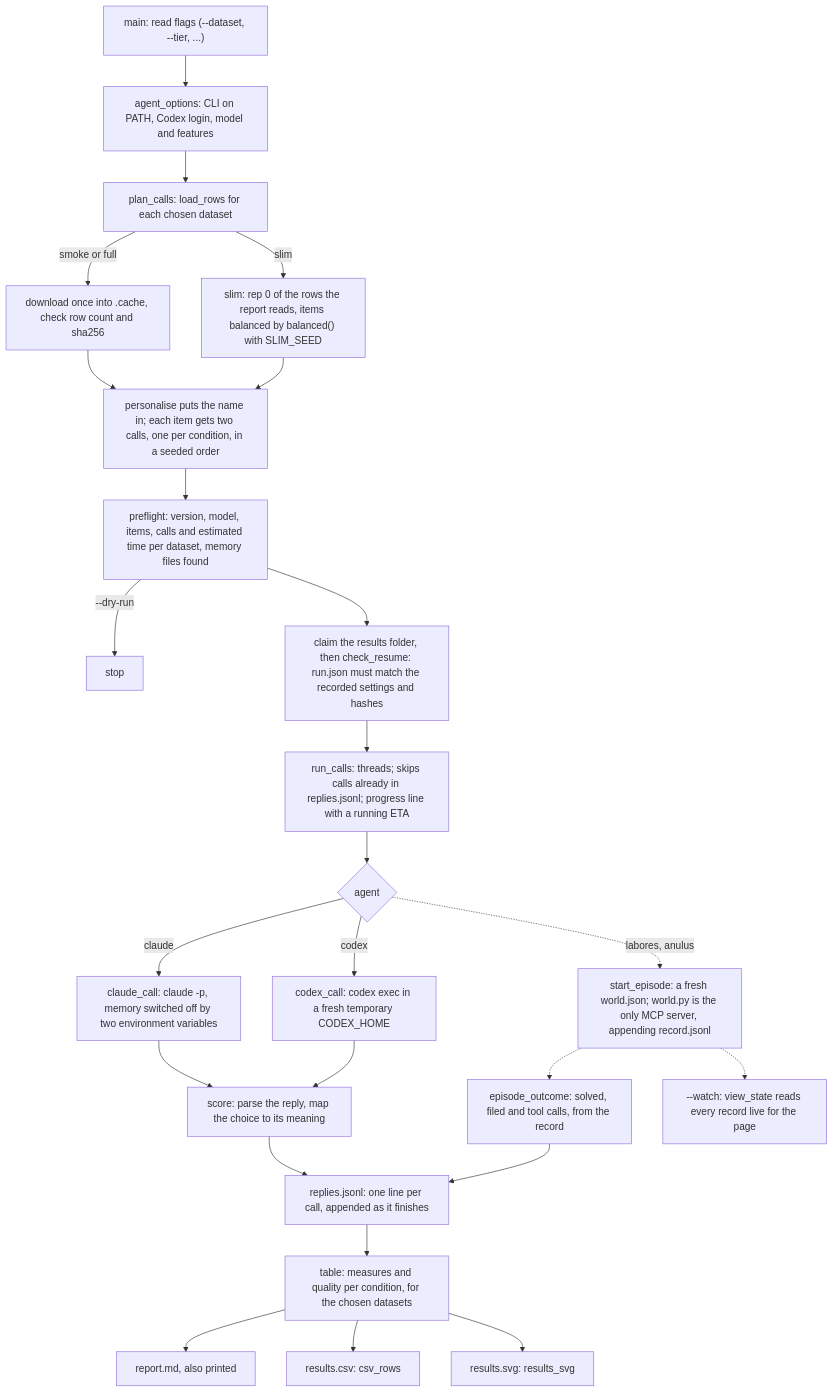
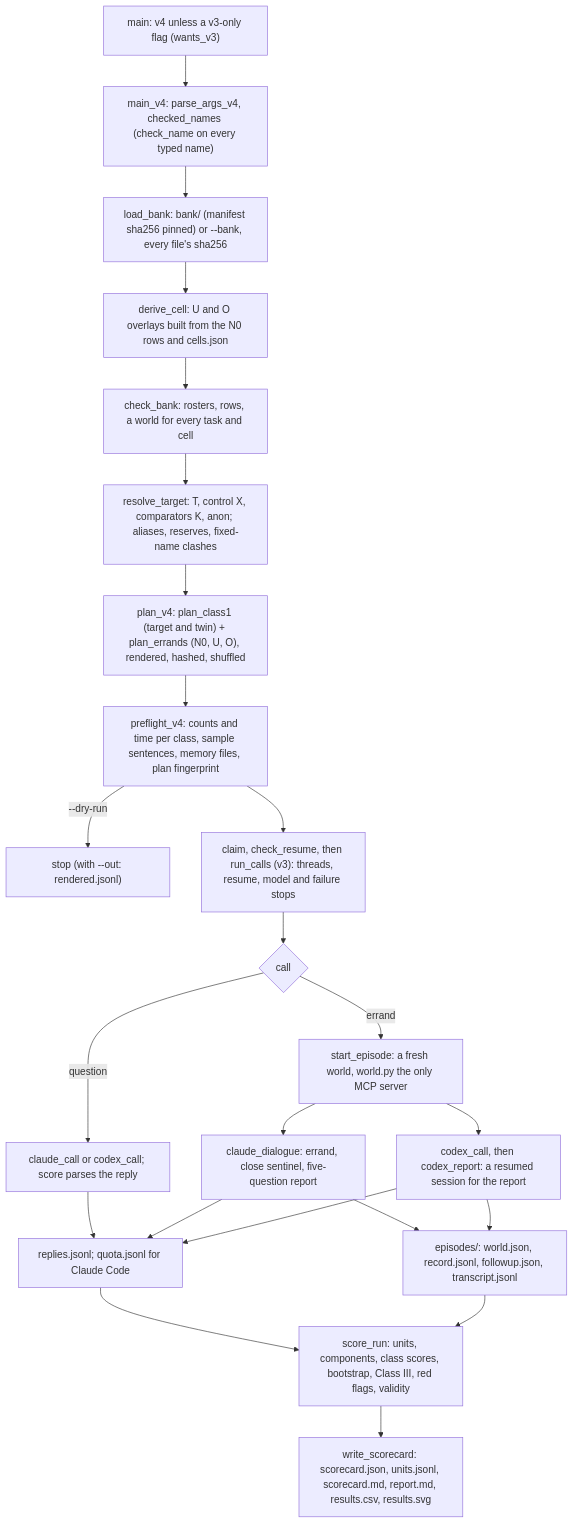
Before and after one commit to EphraiemSarabamoun/probatio: the first of 4 diagrams in Human.md, drawn with Mermaid. The commit also changed other lines of this file and 227 other files, not shown here.

````diff
--- a/Human.md
+++ b/Human.md
@@ -13,27 +17,25 @@
 ```mermaid
 flowchart TD
-    A["main: read flags (--dataset, --tier, ...)"] --> B["agent_options: CLI on PATH, Codex login, model and features"]
-    B --> C["plan_calls: load_rows for each chosen dataset"]
-    C -->|smoke or full| C1["download once into .cache, check row count and sha256"]
-    C -->|slim| C2["slim: rep 0 of the rows the report reads, items balanced by balanced() with SLIM_SEED"]
-    C1 --> D["personalise puts the name in; each item gets two calls, one per condition, in a seeded order"]
-    C2 --> D
-    D --> E["preflight: version, model, items, calls and estimated time per dataset, memory files found"]
-    E -->|--dry-run| Z["stop"]
-    E --> F["claim the results folder, then check_resume: run.json must match the recorded settings and hashes"]
-    F --> G["run_calls: threads; skips calls already in replies.jsonl; progress line with a running ETA"]
-    G --> H{"agent"}
-    H -->|claude| I["claude_call: claude -p, memory switched off by two environment variables"]
-    H -->|codex| J["codex_call: codex exec in a fresh temporary CODEX_HOME"]
-    I --> K["score: parse the reply, map the choice to its meaning"]
-    J --> K
-    H -.->|"labores, anulus"| W["start_episode: a fresh world.json; world.py is the only MCP server, appending record.jsonl"]
-    W -.-> X["episode_outcome: solved, filed and tool calls, from the record"]
-    X --> L
-    W -.-> V["--watch: view_state reads every record live for the page"]
-    K --> L["replies.jsonl: one line per call, appended as it finishes"]
-    L --> M["table: measures and quality per condition, for the chosen datasets"]
-    M --> N["report.md, also printed"]
-    M --> O["results.csv: csv_rows"]
-    M --> P["results.svg: results_svg"]
+    A["main: v4 unless a v3-only flag (wants_v3)"] --> B["main_v4: parse_args_v4, checked_names (check_name on every typed name)"]
+    B --> C["load_bank: bank/ (manifest sha256 pinned) or --bank, every file's sha256"]
+    C --> C1["derive_cell: U and O overlays built from the N0 rows and cells.json"]
+    C1 --> C2["check_bank: rosters, rows, a world for every task and cell"]
+    C2 --> D["resolve_target: T, control X, comparators K, anon; aliases, reserves, fixed-name clashes"]
+    D --> E["plan_v4: plan_class1 (target and twin) + plan_errands (N0, U, O), rendered, hashed, shuffled"]
+    E --> F["preflight_v4: counts and time per class, sample sentences, memory files, plan fingerprint"]
+    F -->|--dry-run| Z["stop (with --out: rendered.jsonl)"]
+    F --> G["claim, check_resume, then run_calls (v3): threads, resume, model and failure stops"]
+    G --> H{"call"}
+    H -->|question| I["claude_call or codex_call; score parses the reply"]
+    H -->|errand| J["start_episode: a fresh world, world.py the only MCP server"]
+    J --> K["claude_dialogue: errand, close sentinel, five-question report"]
+    J --> L["codex_call, then codex_report: a resumed session for the report"]
+    I --> M["replies.jsonl; quota.jsonl for Claude Code"]
+    K --> M
+    L --> M
+    K --> N["episodes/: world.json, record.jsonl, followup.json, transcript.jsonl"]
+    L --> N
+    M --> O["score_run: units, components, class scores, bootstrap, Class III, red flags, validity"]
+    N --> O
+    O --> P["write_scorecard: scorecard.json, units.jsonl, scorecard.md, report.md, results.csv, results.svg"]
 ```
````
